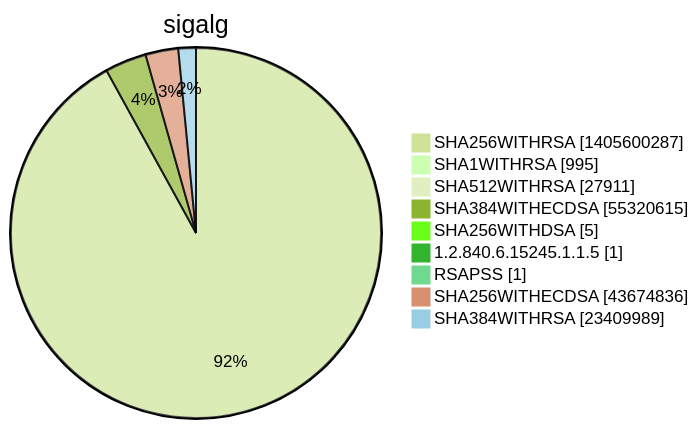
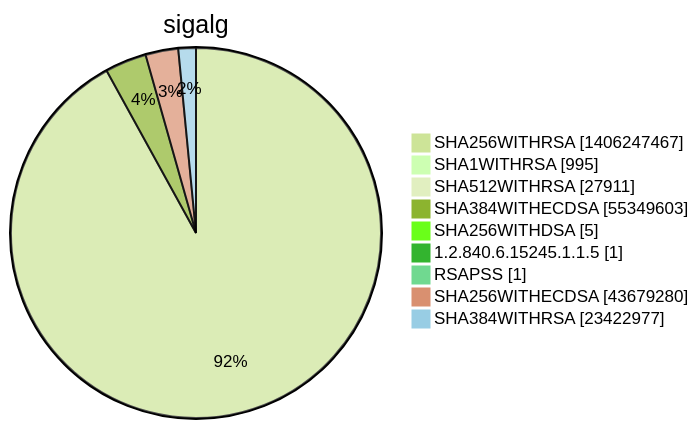
One commit to christiankrug/ctmonitor_visualization changed diagram 15 of 15 in xenon2022/README.md. Above: the diagram before and after it, drawn with Mermaid (forest theme). The commit also changed other lines of this file, not shown here.

````diff
--- a/xenon2022/README.md
+++ b/xenon2022/README.md
@@ -5856,13 +5856,13 @@
 ```mermaid
 pie showData
 title sigalg
-"SHA256WITHRSA" :1405600287
+"SHA256WITHRSA" :1406247467
 "SHA1WITHRSA" :995
 "SHA512WITHRSA" :27911
-"SHA384WITHECDSA" :55320615
+"SHA384WITHECDSA" :55349603
 "SHA256WITHDSA" :5
 "1.2.840.6.15245.1.1.5" :1
 "RSAPSS" :1
-"SHA256WITHECDSA" :43674836
-"SHA384WITHRSA" :23409989
+"SHA256WITHECDSA" :43679280
+"SHA384WITHRSA" :23422977
 ```
````
